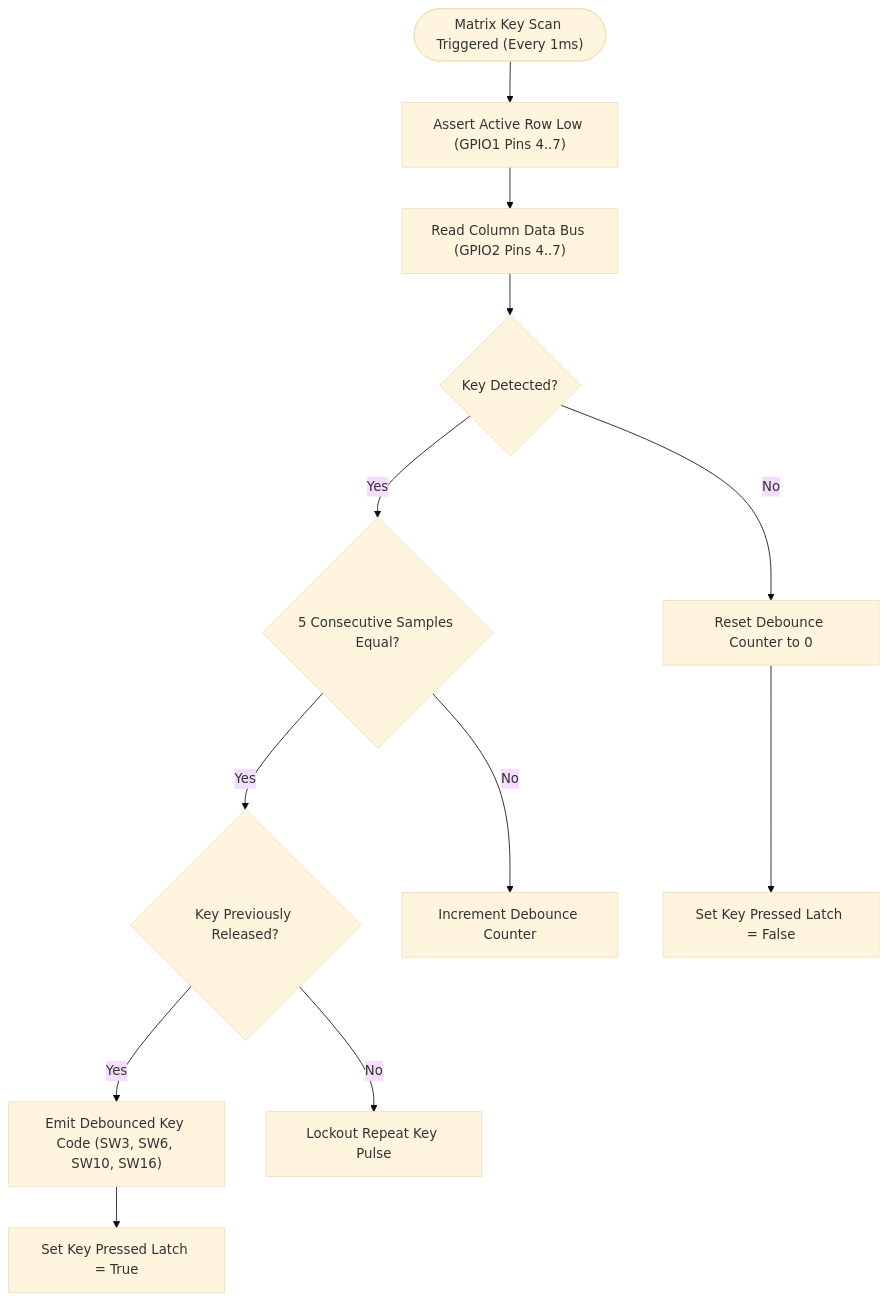
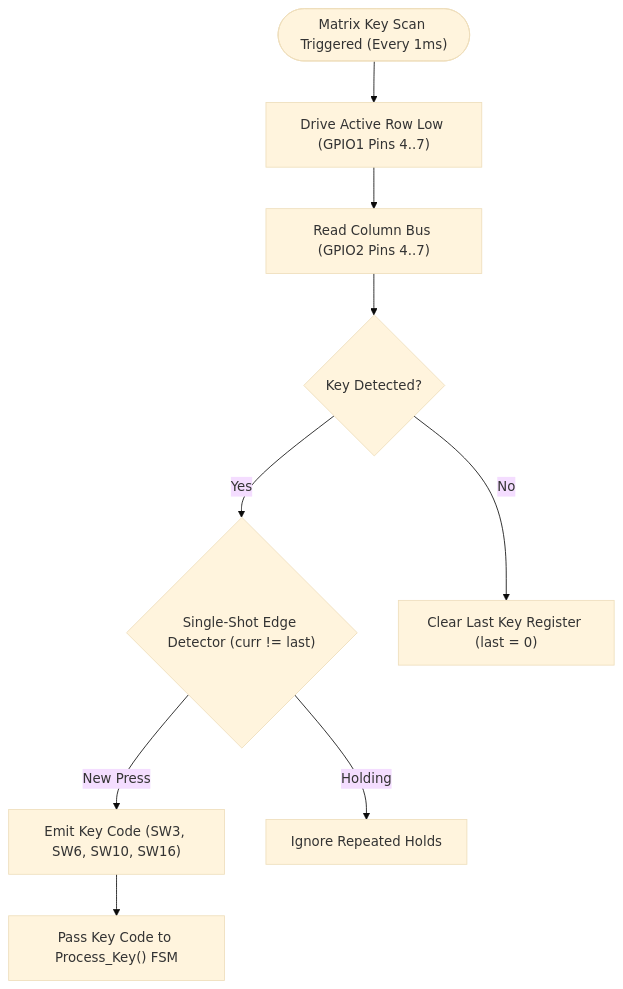
Before and after one commit to zok213/porygon: diagram 11 of 12 in README.md, drawn with Mermaid (base theme). The commit also changed other lines of this file and 14 other files, not shown here.

````diff
--- a/README.md
+++ b/README.md
@@ -262,18 +537,14 @@
 ```mermaid
 flowchart TD
-    ScanStart(["Matrix Key Scan Triggered (Every 1ms)"]) --> DriveRow["Assert Active Row Low (GPIO1 Pins 4..7)"]
-    DriveRow --> ReadCol["Read Column Data Bus (GPIO2 Pins 4..7)"]
+    ScanStart(["Matrix Key Scan Triggered (Every 1ms)"]) --> DriveRow["Drive Active Row Low (GPIO1 Pins 4..7)"]
+    DriveRow --> ReadCol["Read Column Bus (GPIO2 Pins 4..7)"]
     ReadCol --> KeyCheck{"Key Detected?"}
 
-    KeyCheck -- Yes --> FilterIntegrator{"5 Consecutive Samples Equal?"}
-    KeyCheck -- No --> ResetIntegrator["Reset Debounce Counter to 0"]
+    KeyCheck -- Yes --> StateFilter{"Single-Shot Edge Detector (curr != last)"}
+    KeyCheck -- No --> ResetState["Clear Last Key Register (last = 0)"]
 
-    FilterIntegrator -- Yes --> SingleShotLock{"Key Previously Released?"}
-    FilterIntegrator -- No --> SampleWait["Increment Debounce Counter"]
+    StateFilter -- New Press --> RegisterKey["Emit Key Code (SW3, SW6, SW10, SW16)"]
+    StateFilter -- Holding --> Lockout["Ignore Repeated Holds"]
 
-    SingleShotLock -- Yes --> RegisterKey["Emit Debounced Key Code (SW3, SW6, SW10, SW16)"]
-    SingleShotLock -- No --> IgnoreHold["Lockout Repeat Key Pulse"]
-
-    RegisterKey --> LockState["Set Key Pressed Latch = True"]
-    ResetIntegrator --> UnlockState["Set Key Pressed Latch = False"]
+    RegisterKey --> DispatchFSM["Pass Key Code to Process_Key() FSM"]
 ```
````
